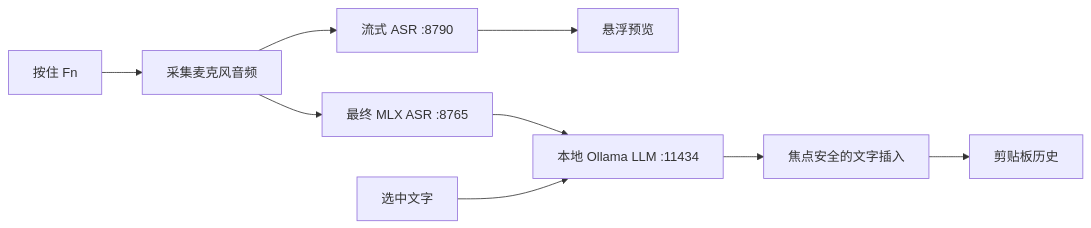
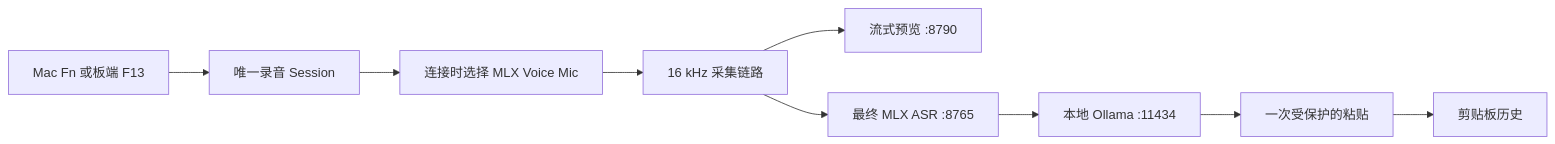
The diagram in README.zh.md (xiaokhkh/inVoice), drawn with Mermaid before and after one commit. The commit also changed other lines of this file and 5 other files, not shown here.

````diff
--- a/README.zh.md
+++ b/README.zh.md
@@ -152,11 +82,11 @@
 ```mermaid
 flowchart LR
-    A["按住 Fn"] --> B["采集麦克风音频"]
-    B --> C["流式 ASR :8790"]
-    C --> D["悬浮预览"]
-    B --> E["最终 MLX ASR :8765"]
-    E --> F["本地 Ollama LLM :11434"]
-    F --> G["焦点安全的文字插入"]
-    H["选中文字"] --> F
-    G --> I["剪贴板历史"]
+    A["Mac Fn 或板端 F13"] --> B["唯一录音 Session"]
+    B --> C["连接时选择 MLX Voice Mic"]
+    C --> D["16 kHz 采集链路"]
+    D --> E["流式预览 :8790"]
+    D --> F["最终 MLX ASR :8765"]
+    F --> G["本地 Ollama :11434"]
+    G --> H["一次受保护的粘贴"]
+    H --> I["剪贴板历史"]
 ```
````
